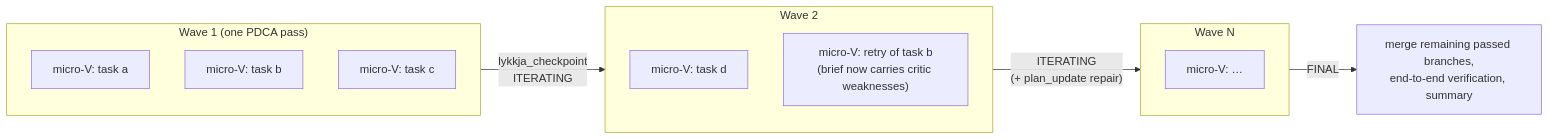
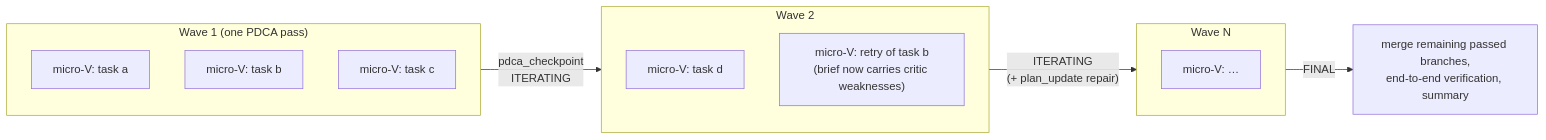
One commit to ulvestuen/pi-kit changed the second of 2 diagrams in docs/micro-vave-execution-model.md. Above: the diagram before and after it, drawn with Mermaid. The commit also changed other lines of this file and 38 other files, not shown here.

First line of the commit message:
Rename the lykkja extension to pdca

````diff
--- a/docs/micro-vave-execution-model.md
+++ b/docs/micro-vave-execution-model.md
@@ -121,21 +121,21 @@
 ```mermaid
 flowchart LR
     subgraph w1["Wave 1 (one PDCA pass)"]
         direction TB
         v1a["micro-V: task a"]
         v1b["micro-V: task b"]
         v1c["micro-V: task c"]
     end
     subgraph w2["Wave 2"]
         direction TB
         v2a["micro-V: task d"]
         v2b["micro-V: retry of task b<br/>(brief now carries critic weaknesses)"]
     end
     subgraph w3["Wave N"]
         direction TB
         v3a["micro-V: …"]
     end
-    w1 -- "lykkja_checkpoint<br/>ITERATING" --> w2
+    w1 -- "pdca_checkpoint<br/>ITERATING" --> w2
     w2 -- "ITERATING<br/>(+ plan_update repair)" --> w3
     w3 -- "FINAL" --> done["merge remaining passed branches,<br/>end-to-end verification, summary"]
 ```
````
